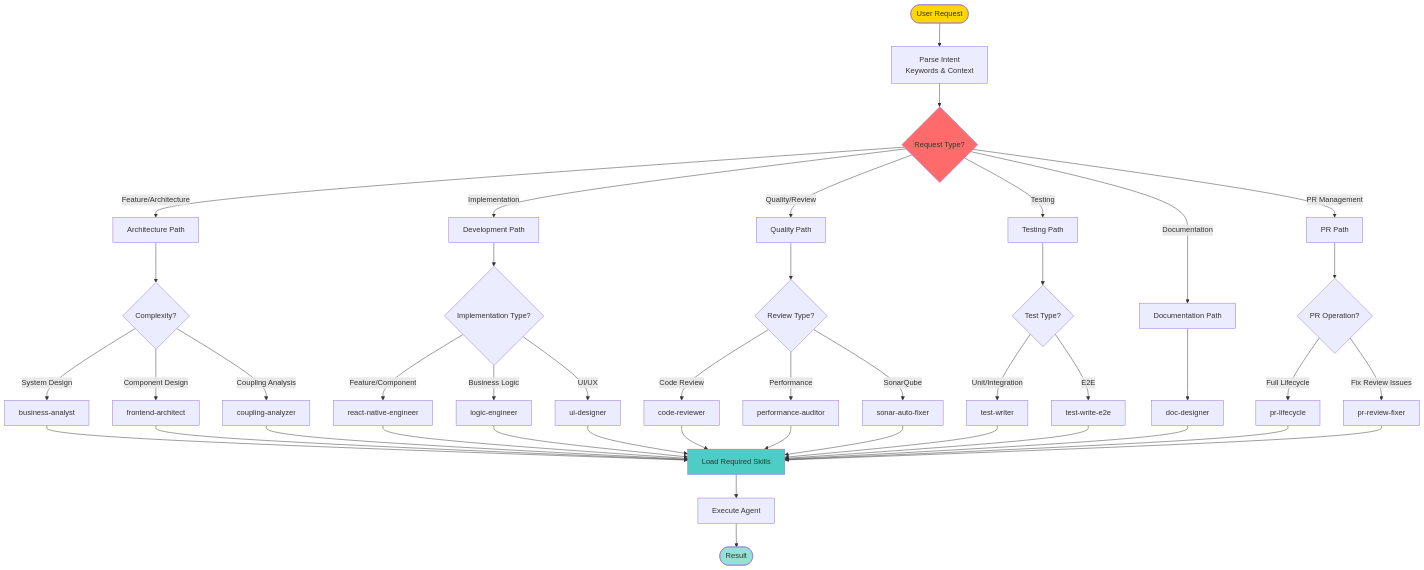
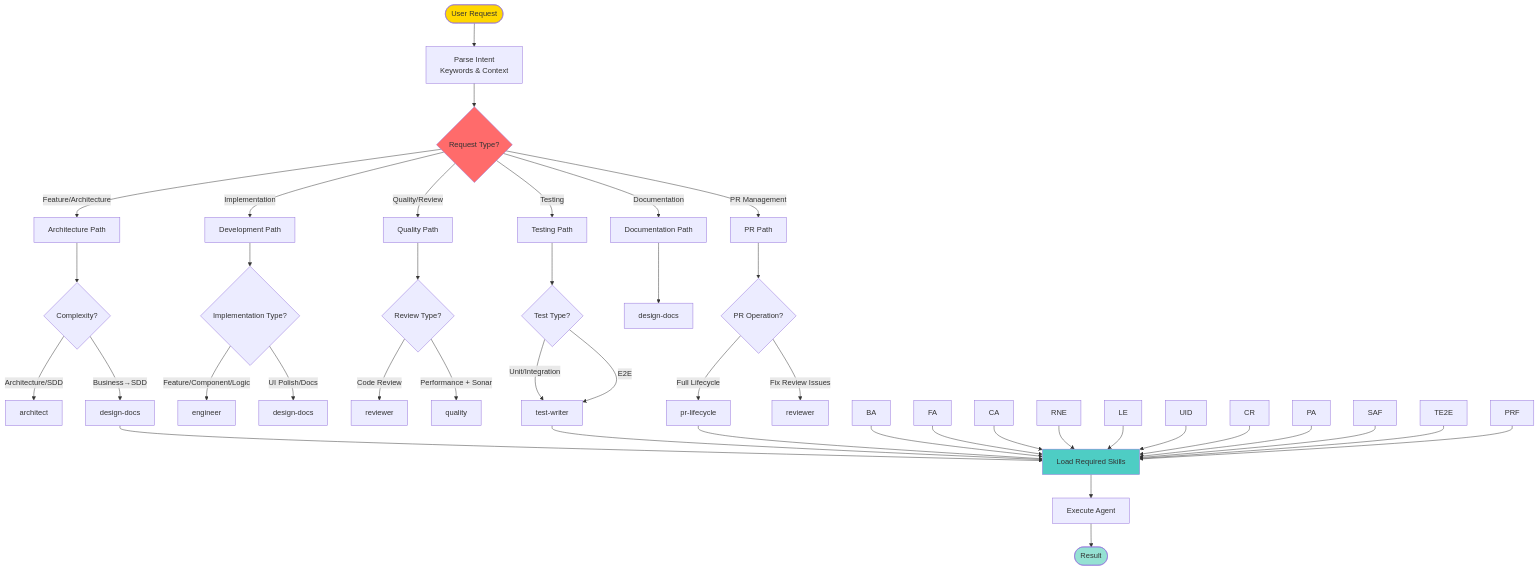
One commit to eugenioduarte/FUSE changed the second of 10 diagrams in .ai/docs/architecture.md. Above: the diagram before and after it, drawn with Mermaid. The commit also changed other lines of this file and 40 other files, not shown here.

````diff
--- a/.ai/docs/architecture.md
+++ b/.ai/docs/architecture.md
@@ -113,60 +106,57 @@
 ```mermaid
 flowchart TD
     Start([User Request]) --> Parse[Parse Intent<br/>Keywords & Context]
     Parse --> Classify{Request Type?}
 
     Classify -->|Feature/Architecture| ArchPath[Architecture Path]
     Classify -->|Implementation| DevPath[Development Path]
     Classify -->|Quality/Review| QAPath[Quality Path]
     Classify -->|Testing| TestPath[Testing Path]
     Classify -->|Documentation| DocPath[Documentation Path]
     Classify -->|PR Management| PRPath[PR Path]
 
     ArchPath --> SelectArch{Complexity?}
-    SelectArch -->|System Design| BA[business-analyst]
-    SelectArch -->|Component Design| FA[frontend-architect]
-    SelectArch -->|Coupling Analysis| CA[coupling-analyzer]
+    SelectArch -->|Architecture/SDD| AR[architect]
+    SelectArch -->|Business→SDD| DD[design-docs]
 
     DevPath --> SelectDev{Implementation Type?}
-    SelectDev -->|Feature/Component| RNE[react-native-engineer]
-    SelectDev -->|Business Logic| LE[logic-engineer]
-    SelectDev -->|UI/UX| UID[ui-designer]
+    SelectDev -->|Feature/Component/Logic| ENG[engineer]
+    SelectDev -->|UI Polish/Docs| DD2[design-docs]
 
     QAPath --> SelectQA{Review Type?}
-    SelectQA -->|Code Review| CR[code-reviewer]
-    SelectQA -->|Performance| PA[performance-auditor]
-    SelectQA -->|SonarQube| SAF[sonar-auto-fixer]
+    SelectQA -->|Code Review| REV[reviewer]
+    SelectQA -->|Performance + Sonar| QL[quality]
 
     TestPath --> SelectTest{Test Type?}
     SelectTest -->|Unit/Integration| TW[test-writer]
-    SelectTest -->|E2E| TE2E[test-write-e2e]
+    SelectTest -->|E2E| TW[test-writer]
 
-    DocPath --> DD[doc-designer]
+    DocPath --> DD3[design-docs]
 
     PRPath --> SelectPR{PR Operation?}
     SelectPR -->|Full Lifecycle| PRL[pr-lifecycle]
-    SelectPR -->|Fix Review Issues| PRF[pr-review-fixer]
+    SelectPR -->|Fix Review Issues| REV2[reviewer]
 
     BA --> LoadSkills[Load Required Skills]
     FA --> LoadSkills
     CA --> LoadSkills
     RNE --> LoadSkills
     LE --> LoadSkills
     UID --> LoadSkills
     CR --> LoadSkills
     PA --> LoadSkills
     SAF --> LoadSkills
     TW --> LoadSkills
     TE2E --> LoadSkills
     DD --> LoadSkills
     PRL --> LoadSkills
     PRF --> LoadSkills
 
     LoadSkills --> Execute[Execute Agent]
     Execute --> End([Result])
 
     style Start fill:#FFD700
     style Classify fill:#FF6B6B
     style LoadSkills fill:#4ECDC4
     style End fill:#95E1D3
 ```
````
